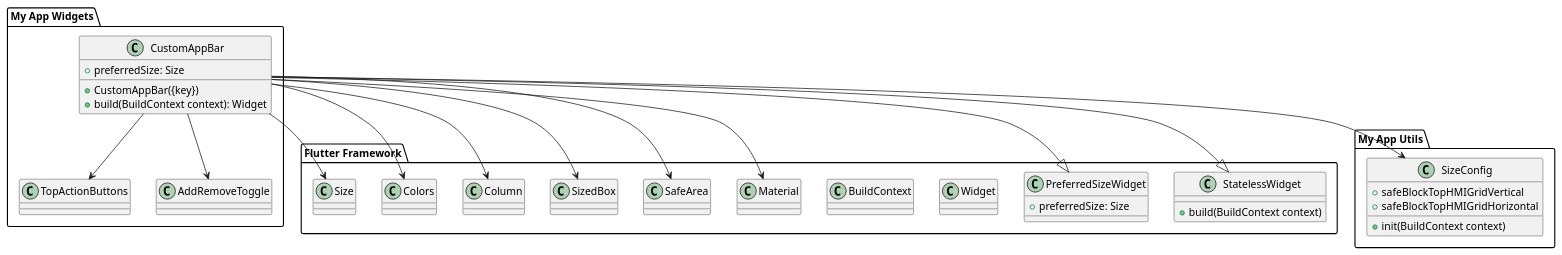
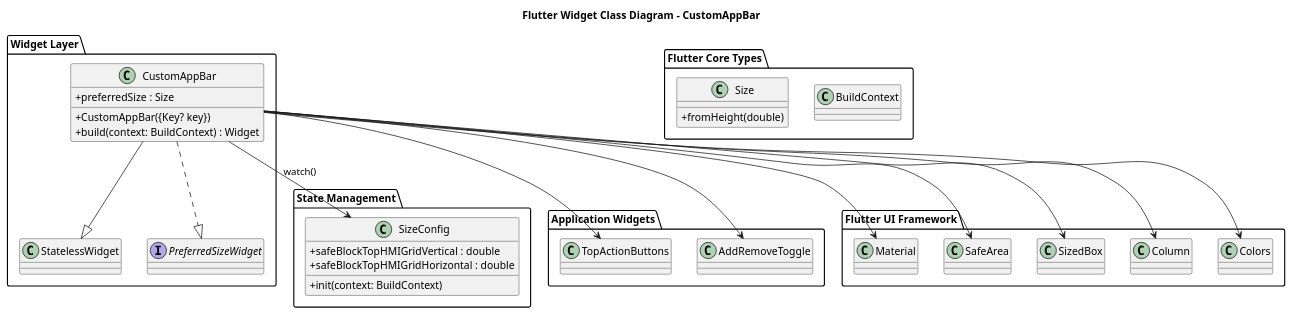
One commit to MirkoThulke/Dart_Flutter_Sudoku changed the diagram in lib/home/app_bar_actions.puml. Above: the diagram before and after it, drawn with PlantUML. The commit also changed other lines of this file and 42 other files, not shown here.

Commit message:
Doc: PlantUml update

```diff
--- a/lib/home/app_bar_actions.puml
+++ b/lib/home/app_bar_actions.puml
@@ -1,57 +1,74 @@
-@startuml
-' Flutter framework package
-package "Flutter Framework" {
-    class StatelessWidget {
-        +build(BuildContext context)
-    }
+@startuml CustomAppBar_ClassDiagram
+title Flutter Widget Class Diagram - CustomAppBar
 
-    class PreferredSizeWidget {
-        +preferredSize: Size
-    }
+skinparam classAttributeIconSize 0
+skinparam shadowing false
 
-    class Widget
-    class BuildContext
-    class Material
-    class SafeArea
-    class SizedBox
-    class Column
-    class SizedBox
-    class Colors
-    class Size
+package "Widget Layer" {
+
+class CustomAppBar {
++CustomAppBar({Key? key})
++build(context: BuildContext) : Widget
++preferredSize : Size
 }
 
-package "My App Widgets" {
-    class CustomAppBar {
-        +CustomAppBar({key})
-        +build(BuildContext context): Widget
-        +preferredSize: Size
-    }
+class StatelessWidget
+interface PreferredSizeWidget
 
-    class TopActionButtons
-    class AddRemoveToggle
+CustomAppBar --|> StatelessWidget
+CustomAppBar ..|> PreferredSizeWidget
+
 }
 
-package "My App Utils" {
-    class SizeConfig {
-        +safeBlockTopHMIGridVertical
-        +safeBlockTopHMIGridHorizontal
-        +init(BuildContext context)
-    }
+package "State Management" {
+
+class SizeConfig {
++init(context: BuildContext)
++safeBlockTopHMIGridVertical : double
++safeBlockTopHMIGridHorizontal : double
 }
 
-' Inheritance
-CustomAppBar -|> StatelessWidget
-CustomAppBar -|> PreferredSizeWidget
+}
 
-' Usage / composition relationships
-CustomAppBar --> SizeConfig
+package "Application Widgets" {
+
+class TopActionButtons
+class AddRemoveToggle
+
+}
+
+package "Flutter UI Framework" {
+
+class Material
+class SafeArea
+class SizedBox
+class Column
+class Colors
+
+}
+
+package "Flutter Core Types" {
+
+class BuildContext
+class Size {
++fromHeight(double)
+}
+
+}
+
+'---------------------------------
+' Relationships
+'---------------------------------
+
+CustomAppBar --> SizeConfig : watch()
+
+CustomAppBar --> TopActionButtons
+CustomAppBar --> AddRemoveToggle
+
 CustomAppBar --> Material
 CustomAppBar --> SafeArea
 CustomAppBar --> SizedBox
 CustomAppBar --> Column
-CustomAppBar --> TopActionButtons
-CustomAppBar --> AddRemoveToggle
 CustomAppBar --> Colors
-CustomAppBar --> Size
 
 @enduml
```
